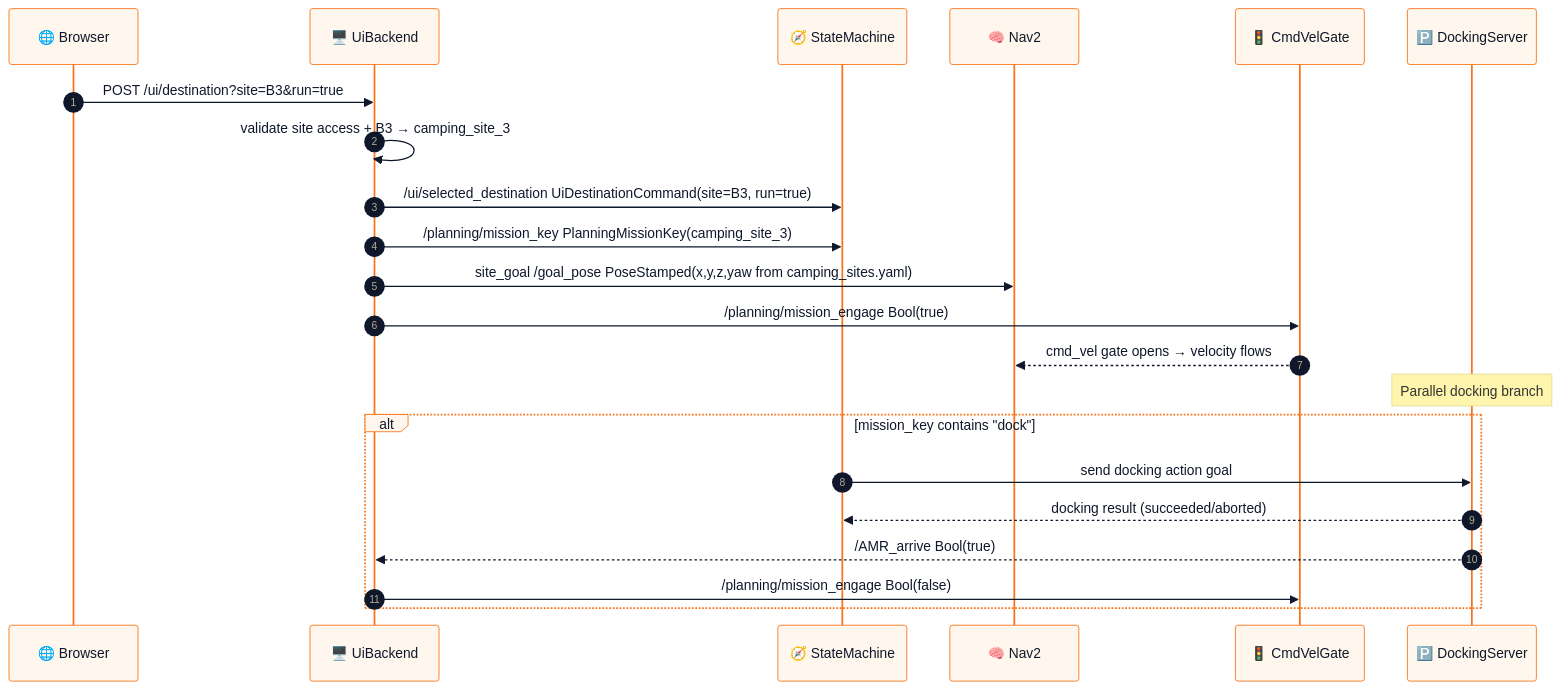
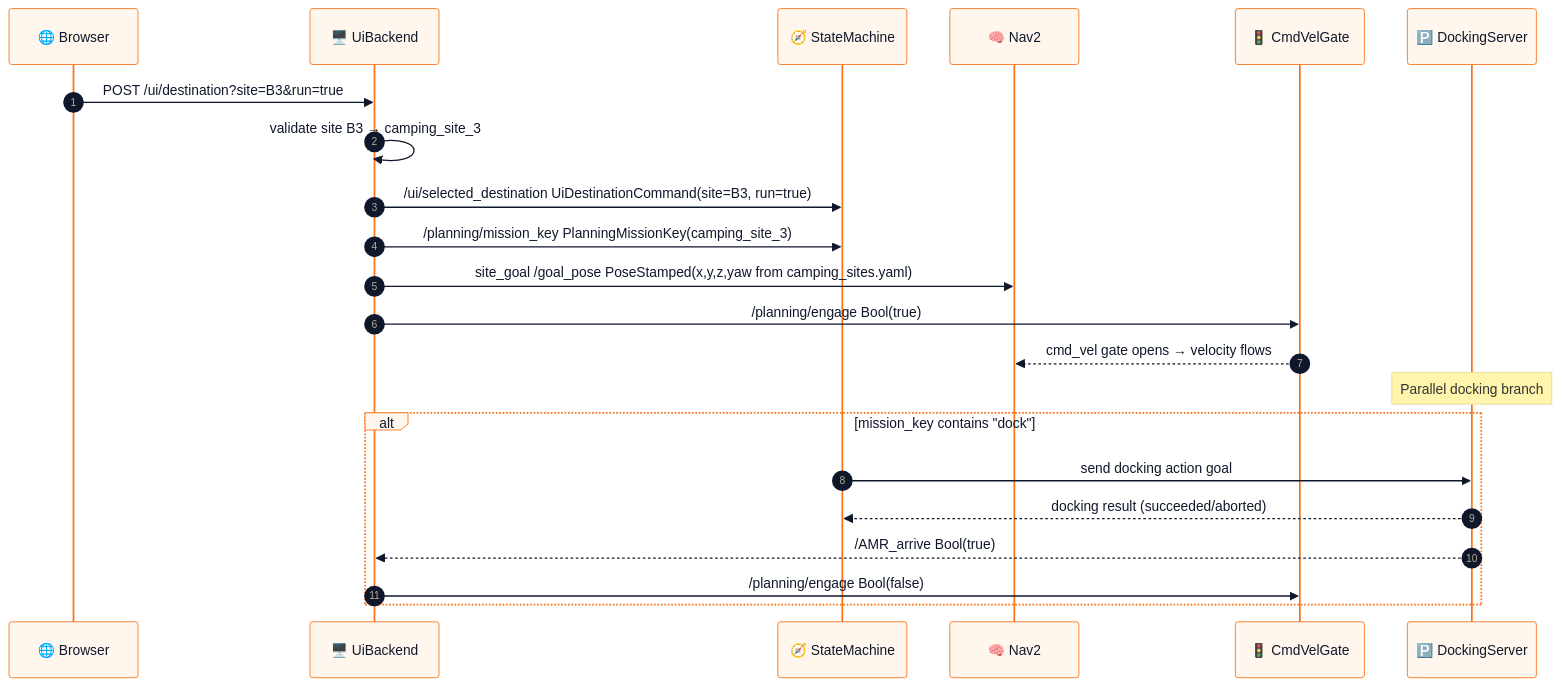
One commit to hwanhonglee/CAMROD changed the third of 5 diagrams in camrod_ui/README.md. Above: the diagram before and after it, drawn with Mermaid. The commit also changed other lines of this file and 40 other files, not shown here.

````diff
--- a/camrod_ui/README.md
+++ b/camrod_ui/README.md
@@ -128,27 +123,27 @@
 ```mermaid
 %%{init: {'theme': 'base', 'themeVariables': {'fontFamily': 'ui-sans-serif, system-ui, sans-serif', 'fontSize': '14px', 'primaryColor': '#FFF7ED', 'primaryTextColor': '#0F172A', 'primaryBorderColor': '#F97316', 'lineColor': '#475569'}}}%%
 sequenceDiagram
   autonumber
   participant Browser as 🌐 Browser
   participant Backend as 🖥️ UiBackend
   participant SM as 🧭 StateMachine
   participant Nav2 as 🧠 Nav2
   participant Gate as 🚦 CmdVelGate
   participant Dock as 🅿️ DockingServer
 
   Browser->>Backend: POST /ui/destination?site=B3&run=true
-  Backend->>Backend: validate site access + B3 → camping_site_3
+  Backend->>Backend: validate site B3 → camping_site_3
   Backend->>SM: /ui/selected_destination UiDestinationCommand(site=B3, run=true)
   Backend->>SM: /planning/mission_key PlanningMissionKey(camping_site_3)
   Backend->>Nav2: site_goal /goal_pose PoseStamped(x,y,z,yaw from camping_sites.yaml)
-  Backend->>Gate: /planning/mission_engage Bool(true)
+  Backend->>Gate: /planning/engage Bool(true)
   Gate-->>Nav2: cmd_vel gate opens → velocity flows
 
   Note over Dock: Parallel docking branch
   alt mission_key contains "dock"
     SM->>Dock: send docking action goal
     Dock-->>SM: docking result (succeeded/aborted)
     Dock-->>Backend: /AMR_arrive Bool(true)
-    Backend->>Gate: /planning/mission_engage Bool(false)
+    Backend->>Gate: /planning/engage Bool(false)
   end
 ```
````
